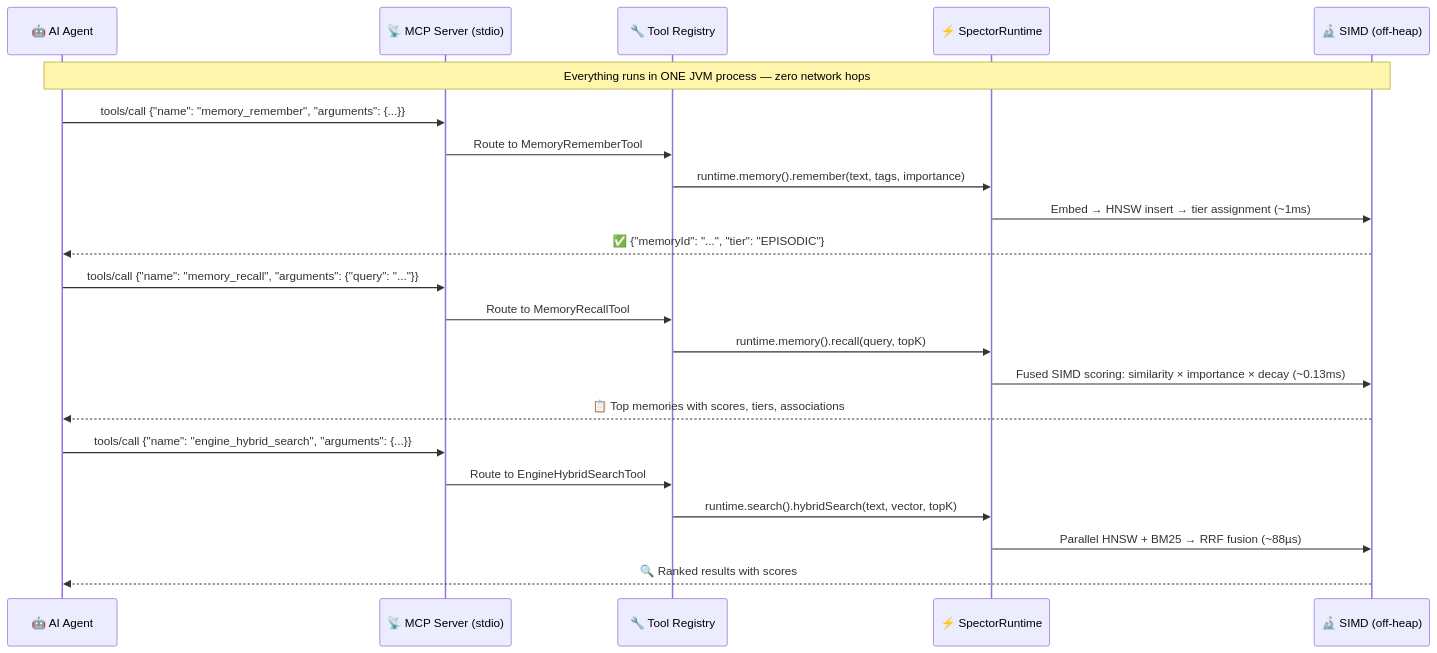
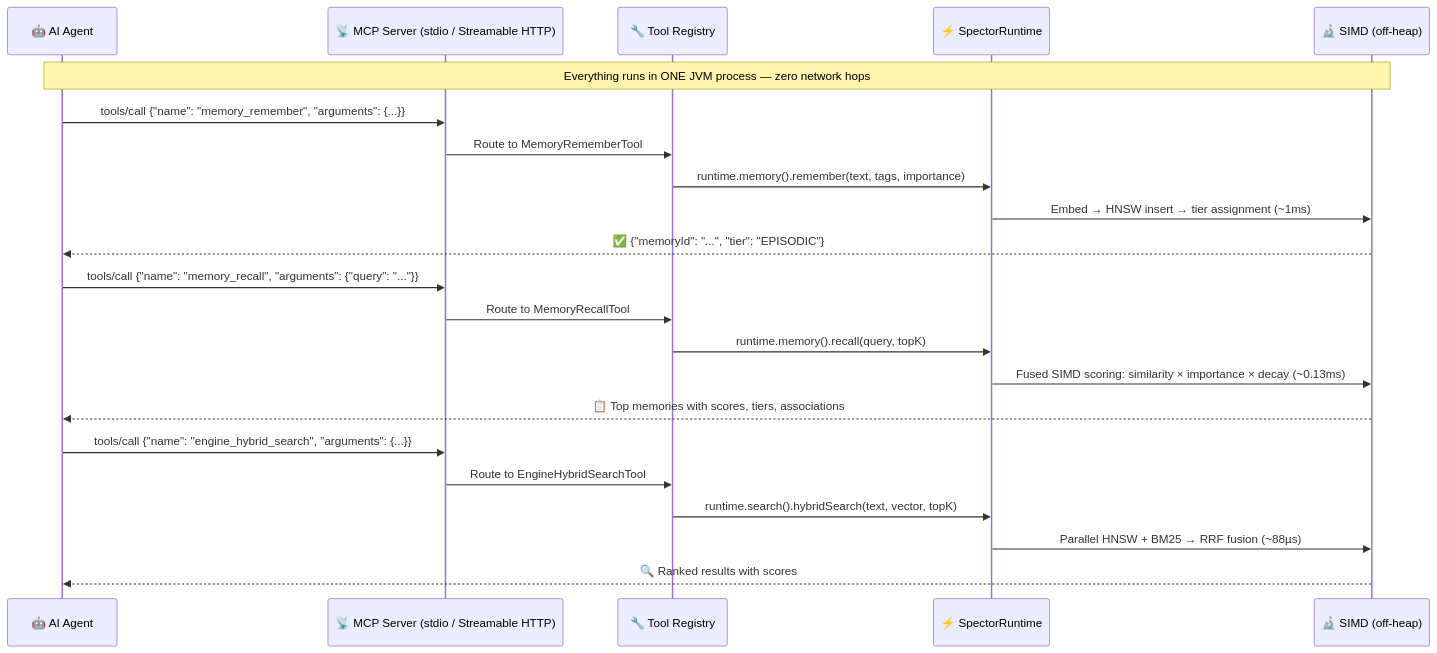
Before and after one commit to spectrayan/spector: the fifth of 5 diagrams in README.md, drawn with Mermaid. The commit also changed other lines of this file and 38 other files, not shown here.

First line of the commit message:
docs(memory): replace implementation details with functional diagrams and product-focused content (#33)

````diff
--- a/README.md
+++ b/README.md
@@ -240,28 +242,28 @@
 ```mermaid
 sequenceDiagram
     participant Agent as 🤖 AI Agent
-    participant MCP as 📡 MCP Server (stdio)
+    participant MCP as 📡 MCP Server (stdio / Streamable HTTP)
     participant Tools as 🔧 Tool Registry
     participant Runtime as ⚡ SpectorRuntime
     participant SIMD as 🔬 SIMD (off-heap)
 
     Note over Agent,SIMD: Everything runs in ONE JVM process — zero network hops
 
     Agent->>MCP: tools/call {"name": "memory_remember", "arguments": {...}}
     MCP->>Tools: Route to MemoryRememberTool
     Tools->>Runtime: runtime.memory().remember(text, tags, importance)
     Runtime->>SIMD: Embed → HNSW insert → tier assignment (~1ms)
     SIMD-->>Agent: ✅ {"memoryId": "...", "tier": "EPISODIC"}
 
     Agent->>MCP: tools/call {"name": "memory_recall", "arguments": {"query": "..."}}
     MCP->>Tools: Route to MemoryRecallTool
     Tools->>Runtime: runtime.memory().recall(query, topK)
     Runtime->>SIMD: Fused SIMD scoring: similarity × importance × decay (~0.13ms)
     SIMD-->>Agent: 📋 Top memories with scores, tiers, associations
 
     Agent->>MCP: tools/call {"name": "engine_hybrid_search", "arguments": {...}}
     MCP->>Tools: Route to EngineHybridSearchTool
     Tools->>Runtime: runtime.search().hybridSearch(text, vector, topK)
     Runtime->>SIMD: Parallel HNSW + BM25 → RRF fusion (~88µs)
     SIMD-->>Agent: 🔍 Ranked results with scores
 ```
````
